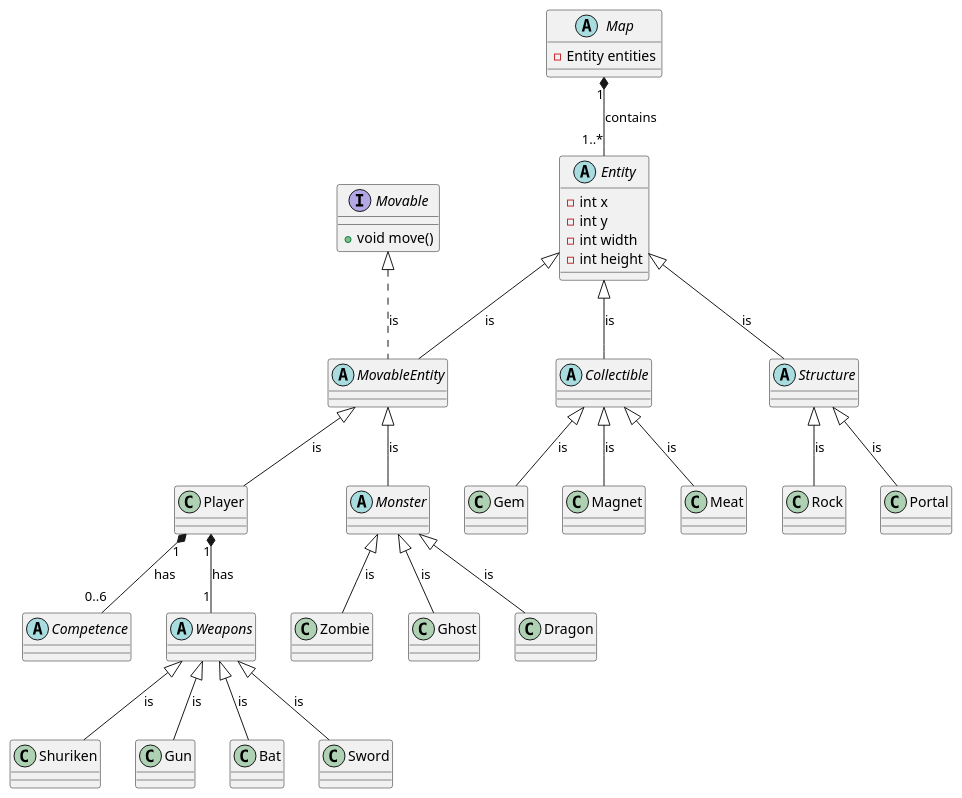
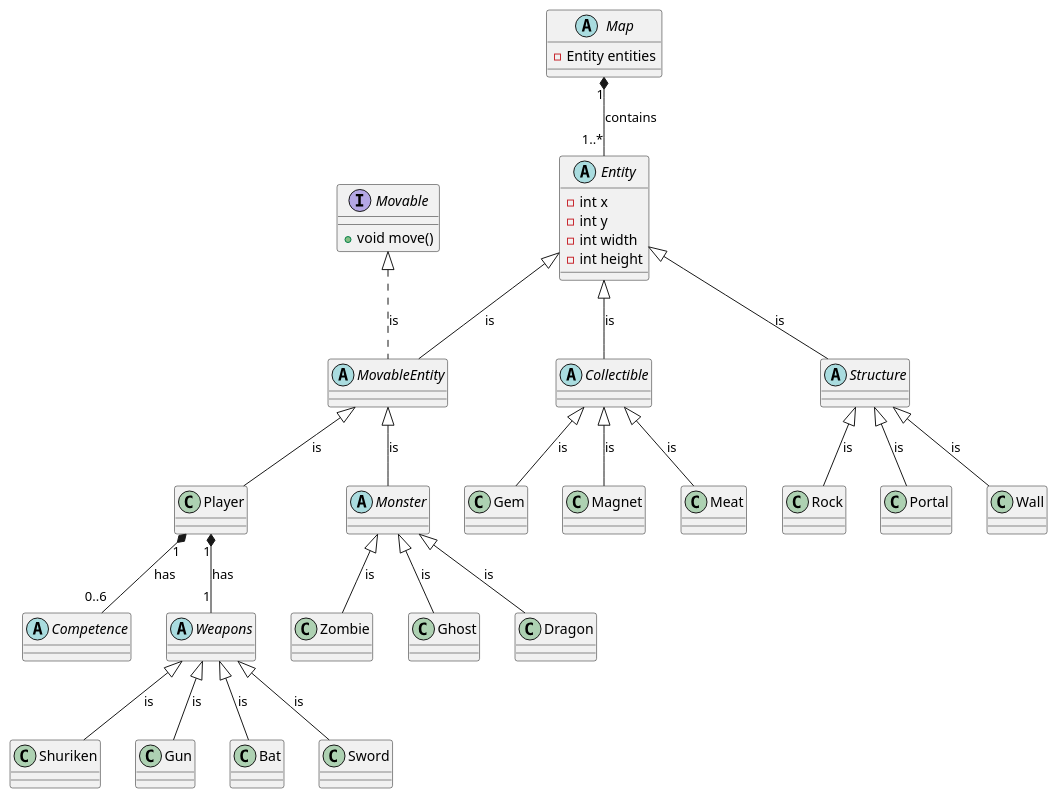
Before and after one commit to JFevil/PCOO_project: the diagram in UML.puml, drawn with PlantUML. The commit also changed 4 other files, not shown here.

```diff
--- a/UML.puml
+++ b/UML.puml
@@ -1,63 +1,68 @@
 @startuml
 
 abstract class Entity {
     - int x
     - int y
     - int width
     - int height
 }
 
 interface Movable {
     +void move()
 }
 
 abstract class MovableEntity
 class Player
+
 abstract class Competence
+
 abstract class Weapons
 class Shuriken
 class Gun
 class Bat
 class Sword
 
 abstract class Monster
 class Zombie
 class Ghost
 class Dragon
 
 abstract class Collectible
 class Gem
 class Magnet
 class Meat
 
 abstract class Structure
 class Rock
 class Portal
+class Wall
+
 abstract class Map {
     - Entity entities
 
 }
 
 Map "1" *-- "1..*" Entity : contains
 Entity <|-- MovableEntity : is
 Movable <|.. MovableEntity : is
 MovableEntity <|-- Monster : is
 Monster <|-- Zombie : is
 Monster <|-- Ghost : is
 Monster <|-- Dragon : is
 MovableEntity <|-- Player : is
 Entity <|-- Collectible : is
 Collectible <|-- Gem : is
 Collectible <|-- Magnet : is
 Collectible <|-- Meat : is
 Entity <|-- Structure : is
 Structure <|-- Rock : is
 Structure <|-- Portal : is
+Structure <|-- Wall : is
 Player "1" *-- "1" Weapons : has
 Player "1" *-- "0..6" Competence : has
 Weapons <|-- Shuriken : is
 Weapons <|-- Gun : is
 Weapons <|-- Bat : is
 Weapons <|-- Sword : is
 
 @enduml
```
